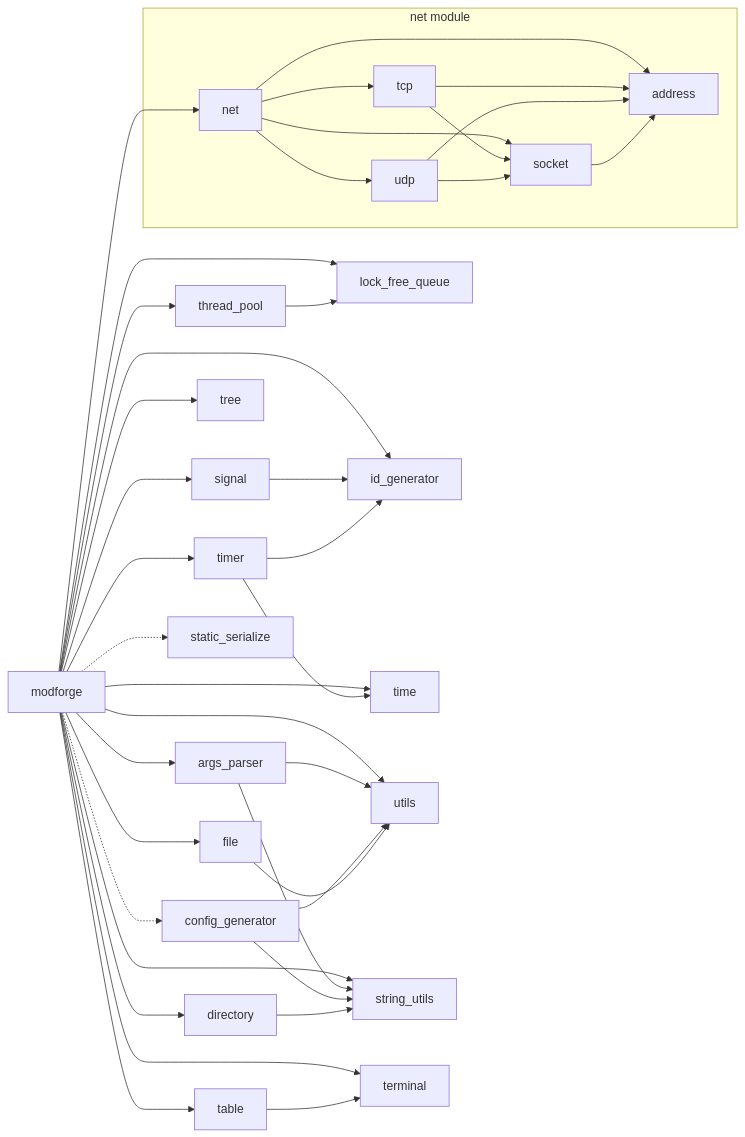
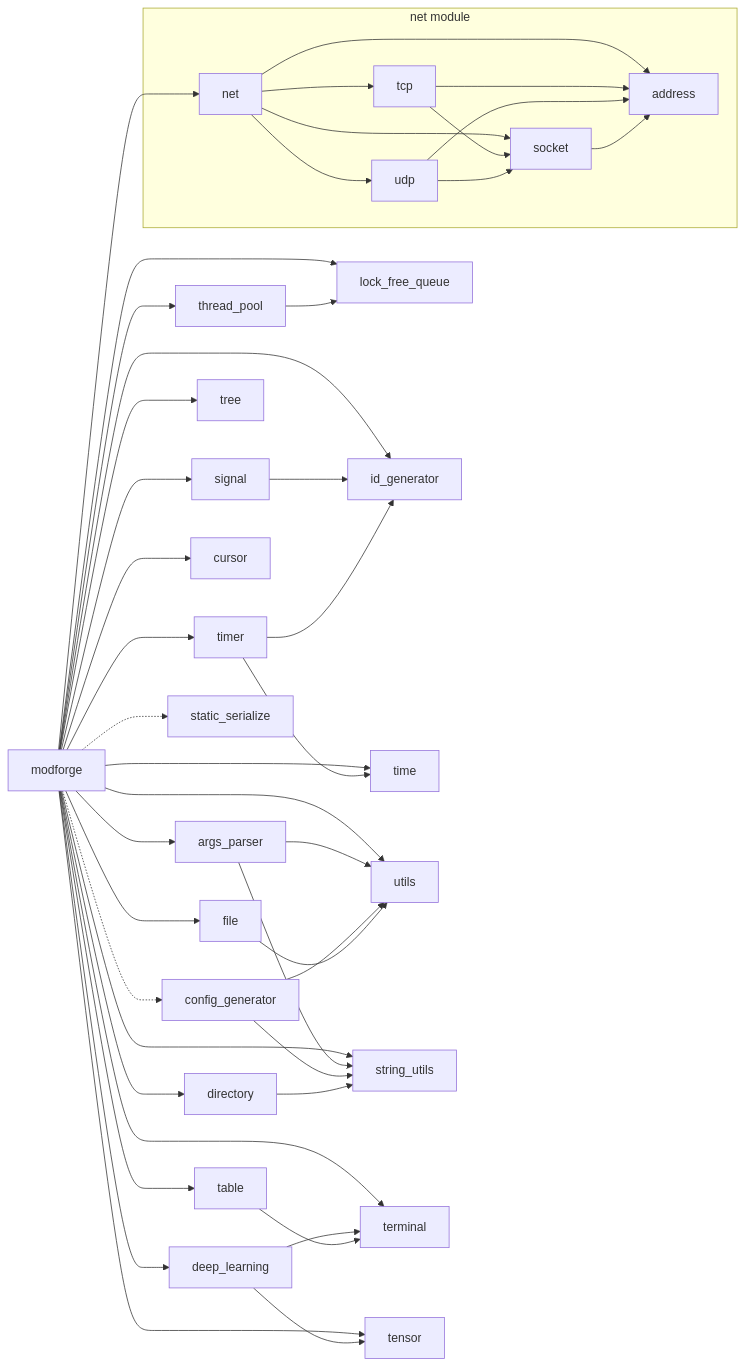
One commit to hexne/modforge changed the diagram in README.md. Above: the diagram before and after it, drawn with Mermaid. The commit also changed other lines of this file and 18 other files, not shown here.

````diff
--- a/README.md
+++ b/README.md
@@ -54,44 +67,50 @@
 ```mermaid
 graph LR
     modforge --> args_parser
     modforge --> directory
     modforge --> file
     modforge --> lock_free_queue
     modforge --> id_generator
     modforge --> thread_pool
     modforge --> time
     modforge --> timer
     modforge --> tree
     modforge --> utils
     modforge --> string_utils
     modforge --> signal
     modforge --> terminal
+    modforge --> cursor
     modforge --> table
     modforge -.-> static_serialize
     modforge -.-> config_generator
     modforge --> net
+    modforge --> tensor
+    modforge --> deep_learning
+
+    deep_learning --> tensor
+    deep_learning --> terminal
 
     args_parser --> string_utils
     args_parser --> utils
     config_generator --> string_utils
     config_generator --> utils
     directory --> string_utils
     file --> utils
     thread_pool --> lock_free_queue
     signal --> id_generator
     timer --> id_generator
     timer --> time
     table --> terminal
 
     subgraph "net module"
         net --> tcp
         net --> udp
         net --> socket
         net --> address
         tcp --> socket
         tcp --> address
         udp --> socket
         udp --> address
         socket --> address
     end
 ```
````
